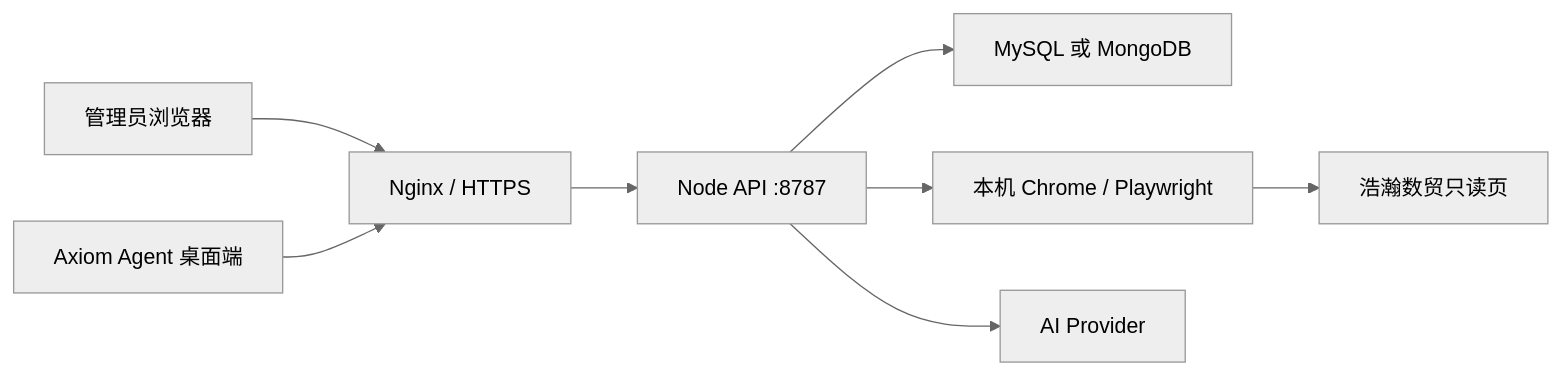
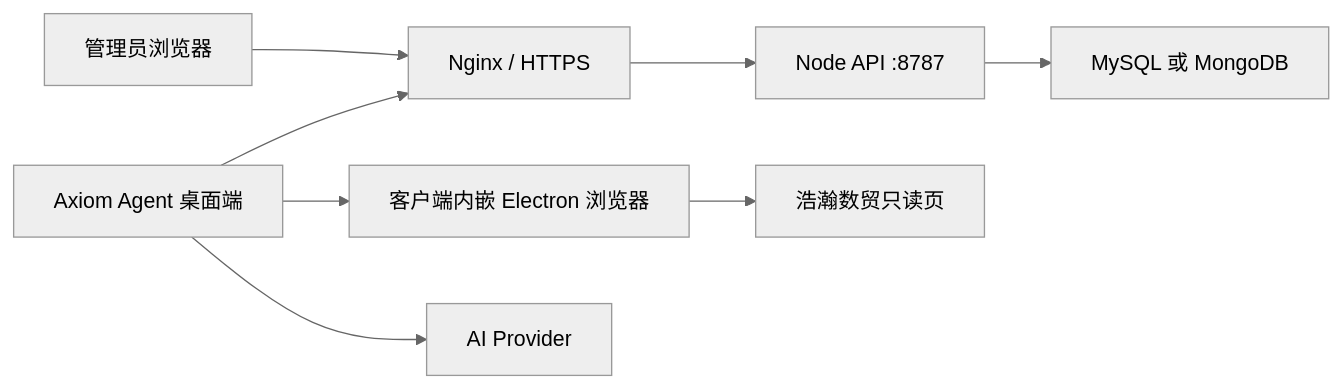
The diagram in docs/deploy.md (zhyebe/ai-k-agent), drawn with Mermaid (neutral theme) before and after one commit. The commit also changed other lines of this file and 36 other files, not shown here.

````diff
--- a/docs/deploy.md
+++ b/docs/deploy.md
@@ -11,10 +11,10 @@
 ```mermaid
 flowchart LR
   adminBrowser["管理员浏览器"] --> nginx["Nginx / HTTPS"]
   desktop["Axiom Agent 桌面端"] --> nginx
   nginx --> api["Node API :8787"]
   api --> db["MySQL 或 MongoDB"]
-  api --> chrome["本机 Chrome / Playwright"]
-  api --> llm["AI Provider"]
+  desktop --> chrome["客户端内嵌 Electron 浏览器"]
+  desktop --> llm["AI Provider"]
   chrome --> haohan["浩瀚数贸只读页"]
 ```
````
